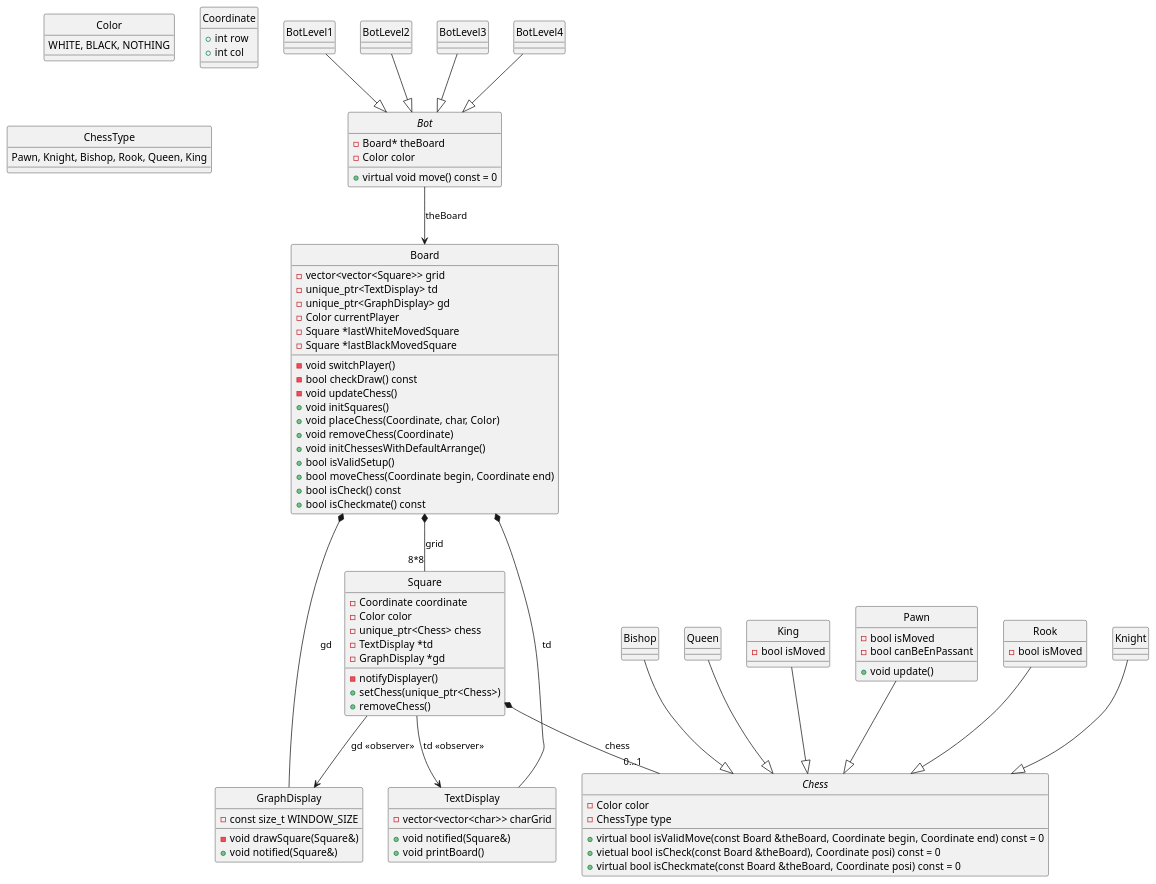
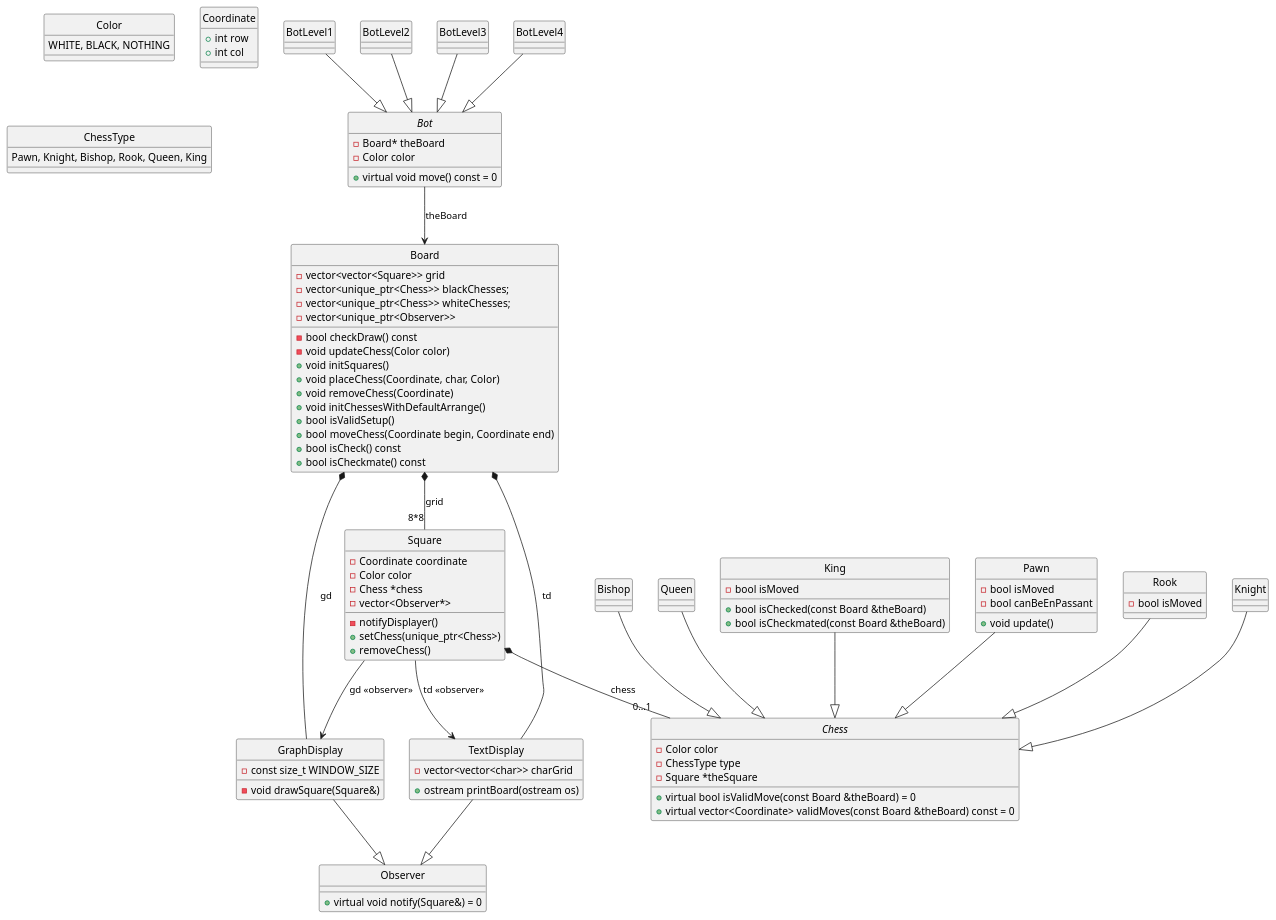
The diagram in doc/UML.puml (TractorBenson/Chess), drawn with PlantUML before and after one commit. The commit also changed 4 other files, not shown here.

Commit message:
refactor UML

```diff
--- a/doc/UML.puml
+++ b/doc/UML.puml
@@ -1,154 +1,137 @@
 @startuml UML
 hide circle
 skinparam groupInheritance 2
 
 
 enum Color { 
     WHITE, BLACK, NOTHING 
 }
 
 struct Coordinate {
     + int row
     + int col
 }
 
 enum ChessType {
     Pawn, Knight, Bishop, Rook, Queen, King
 }
 
 class Square {
     - Coordinate coordinate
     - Color color
-    - unique_ptr<Chess> chess
-    - TextDisplay *td
-    - GraphDisplay *gd
+    - Chess *chess
+    - vector<Observer*>
     - notifyDisplayer() 
     + setChess(unique_ptr<Chess>)
     + removeChess()
 }
 Square --> TextDisplay : td <<observer>>
 Square --> GraphDisplay : gd <<observer>>
 Square *-- "0...1" Chess : chess
 
 
 abstract class Chess {
     - Color color
     - ChessType type
-    + virtual bool isValidMove(const Board &theBoard, Coordinate begin, Coordinate end) const = 0
-    + vietual bool isCheck(const Board &theBoard), Coordinate posi) const = 0
-    + virtual bool isCheckmate(const Board &theBoard, Coordinate posi) const = 0
+    - Square *theSquare
+    + virtual bool isValidMove(const Board &theBoard) = 0
+    + virtual vector<Coordinate> validMoves(const Board &theBoard) const = 0
 }
 
 class Pawn {
     - bool isMoved
     - bool canBeEnPassant
-    ' + bool isValidMove(const Board &theBoard, Coordinate begin, Coordinate end) const override
-    ' + bool isCheck(const Board &theBoard, Coordinate posi) const override
-    ' + bool isCheckmate(const Board &theBoard, Coordinate posi) const override
     + void update()
 }
 Pawn --|> Chess
 
 class Rook {
     - bool isMoved
-    ' + bool isValidMove(const Board &theBoard, Coordinate begin, Coordinate end) const override
-    ' + bool isCheck(const Board &theBoard, Coordinate posi) const override
-    ' + bool isCheckmate(const Board &theBoard, Coordinate posi) const override
 }
 Rook --|> Chess
 
 class Knight {
-    ' + bool isValidMove(const Board &theBoard, Coordinate begin, Coordinate end) const override
-    ' + bool isCheck(const Board &theBoard, Coordinate posi) const override
-    ' + bool isCheckmate(const Board &theBoard, Coordinate posi) const override
 }
 Knight --|> Chess
 
 class Bishop {
-    ' + bool isValidMove(const Board &theBoard, Coordinate begin, Coordinate end) const override
-    ' + bool isCheck(const Board &theBoard, Coordinate posi) const override
-    ' + bool isCheckmate(const Board &theBoard, Coordinate posi) const override
 }
 Bishop --|> Chess
 
 class Queen {
-    ' + bool isValidMove(const Board &theBoard, Coordinate begin, Coordinate end) const override
-    ' + bool isCheck(const Board &theBoard, Coordinate posi) const override
-    ' + bool isCheckmate(const Board &theBoard, Coordinate posi) const override
 }
 Queen --|> Chess
 
 class King {
     - bool isMoved
-    ' + bool isValidMove(const Board &theBoard, Coordinate begin, Coordinate end) const override
-    ' + bool isCheck(const Board &theBoard, Coordinate posi) const override
-    ' + bool isCheckmate(const Board &theBoard, Coordinate posi) const override
+    + bool isChecked(const Board &theBoard)
+    + bool isCheckmated(const Board &theBoard)
 }
 King --|> Chess
 
 
 class Board {
     - vector<vector<Square>> grid
-    - unique_ptr<TextDisplay> td
-    - unique_ptr<GraphDisplay> gd
-    - Color currentPlayer
-    - Square *lastWhiteMovedSquare
-    - Square *lastBlackMovedSquare
-    - void switchPlayer()
+    - vector<unique_ptr<Chess>> blackChesses;
+    - vector<unique_ptr<Chess>> whiteChesses;
+    - vector<unique_ptr<Observer>>
     - bool checkDraw() const
-    - void updateChess()
+    - void updateChess(Color color)
     + void initSquares()
     + void placeChess(Coordinate, char, Color)
     + void removeChess(Coordinate)
     + void initChessesWithDefaultArrange()
     + bool isValidSetup()
     + bool moveChess(Coordinate begin, Coordinate end)
     + bool isCheck() const
     + bool isCheckmate() const
 }
 Board *-- "8*8" Square : grid
 Board *-- TextDisplay : td
 Board *-- GraphDisplay : gd
 
 
+class Observer {
+    + virtual void notify(Square&) = 0
+}
+
 class TextDisplay {
     - vector<vector<char>> charGrid
-    + void notified(Square&)
-    + void printBoard()
+    + ostream printBoard(ostream os)
 }
+TextDisplay --|> Observer
 
 class GraphDisplay {
     - const size_t WINDOW_SIZE
     - void drawSquare(Square&)
-    + void notified(Square&)
 }
-
+GraphDisplay --|> Observer
 
 abstract class Bot {
     - Board* theBoard
     - Color color
     + virtual void move() const = 0
 }
 Bot --> Board : theBoard
 
 class BotLevel1 {
 
 }
 BotLevel1 --|> Bot
 
 class BotLevel2 {
 
 }
 BotLevel2 --|> Bot
 
 class BotLevel3 {
 
 }
 BotLevel3 --|> Bot
 
 class BotLevel4 {
 
 }
 BotLevel4 --|> Bot
 
 @enduml
```
